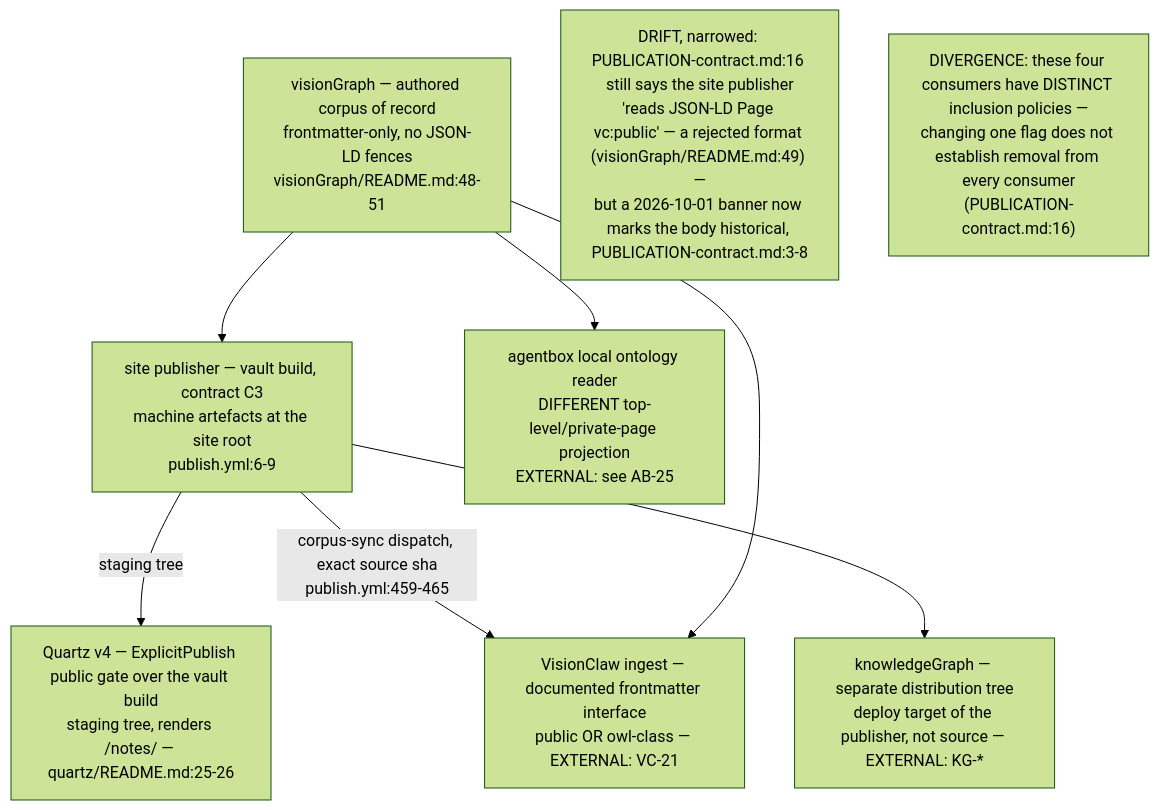
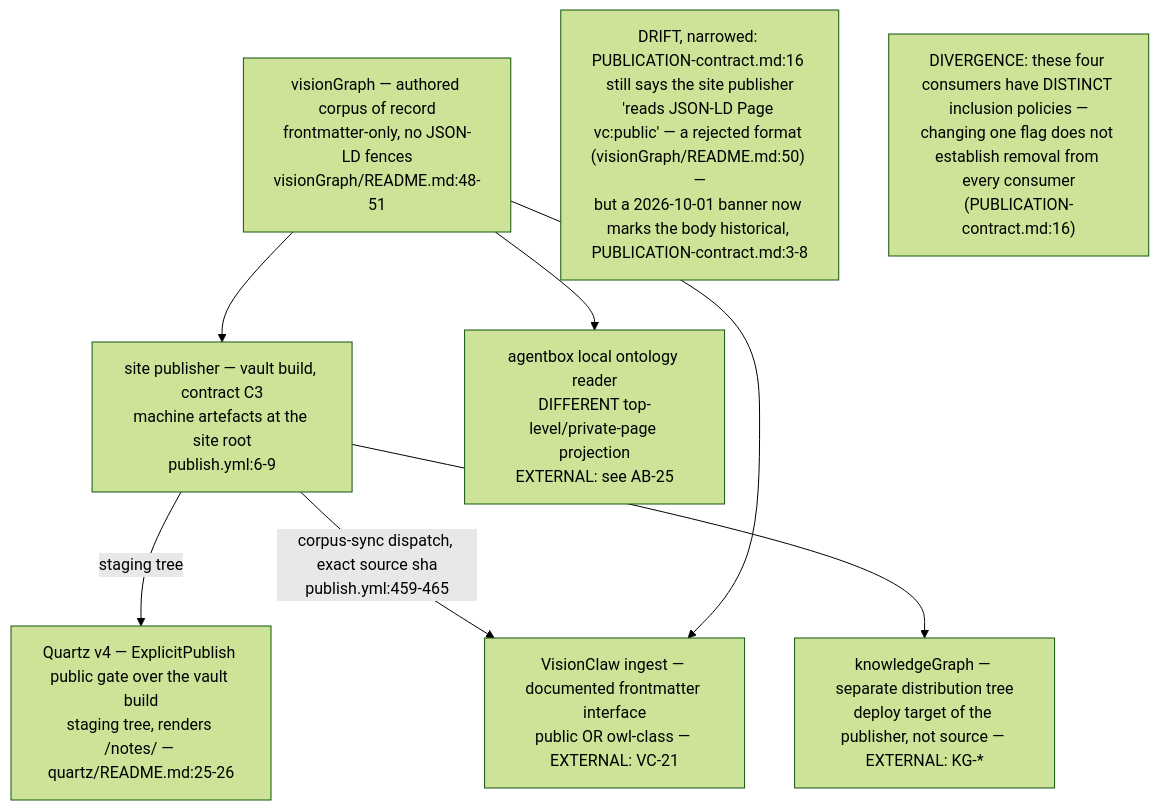
The second of 6 diagrams in docs/diagrams/visiongraph/01-vault-structure-and-contract.md (DreamLab-AI/VisionFlow), drawn with Mermaid (forest theme) before and after one commit. The commit also changed other lines of this file and 10 other files, not shown here.

First line of the commit message:
docs(diagrams): close ER-1 to ER-4 and ER-33 across ten topics, re-stamped

````diff
--- a/docs/diagrams/visiongraph/01-vault-structure-and-contract.md
+++ b/docs/diagrams/visiongraph/01-vault-structure-and-contract.md
@@ -69,17 +69,17 @@
 ```mermaid
 flowchart TB
     SRC["visionGraph — authored corpus of record<br/>frontmatter-only, no JSON-LD fences<br/>visionGraph/README.md:48-51"]
     SITE["site publisher — vault build, contract C3<br/>machine artefacts at the site root<br/>publish.yml:6-9"]
     QRTZ["Quartz v4 — ExplicitPublish public gate over the vault build<br/>staging tree, renders #47;notes#47; — quartz/README.md:25-26"]
     VC["VisionClaw ingest — documented frontmatter interface<br/>public OR owl-class — EXTERNAL: VC-21"]
     AB["agentbox local ontology reader<br/>DIFFERENT top-level/private-page projection<br/>EXTERNAL: see AB-25"]
     KG["knowledgeGraph — separate distribution tree<br/>deploy target of the publisher, not source — EXTERNAL: KG-*"]
     SRC --> SITE
     SITE -->|"staging tree"| QRTZ
     SITE -->|"corpus-sync dispatch, exact source sha<br/>publish.yml:459-465"| VC
     SRC --> VC
     SRC --> AB
     SITE --> KG
-    note1["DRIFT, narrowed: PUBLICATION-contract.md:16 still says the site publisher<br/>'reads JSON-LD Page vc:public' — a rejected format #40;visionGraph/README.md:49#41; —<br/>but a 2026-10-01 banner now marks the body historical, PUBLICATION-contract.md:3-8"]
+    note1["DRIFT, narrowed: PUBLICATION-contract.md:16 still says the site publisher<br/>'reads JSON-LD Page vc:public' — a rejected format #40;visionGraph/README.md:50#41; —<br/>but a 2026-10-01 banner now marks the body historical, PUBLICATION-contract.md:3-8"]
     note2["DIVERGENCE: these four consumers have DISTINCT inclusion policies —<br/>changing one flag does not establish removal from every consumer<br/>#40;PUBLICATION-contract.md:16#41;"]
 ```
````
